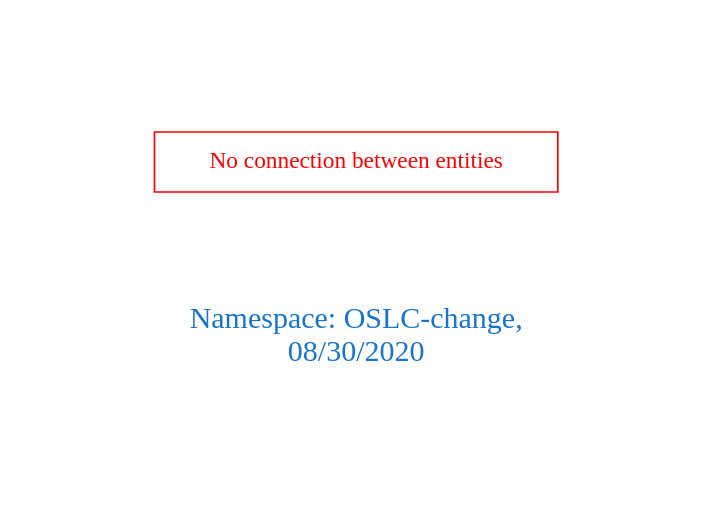
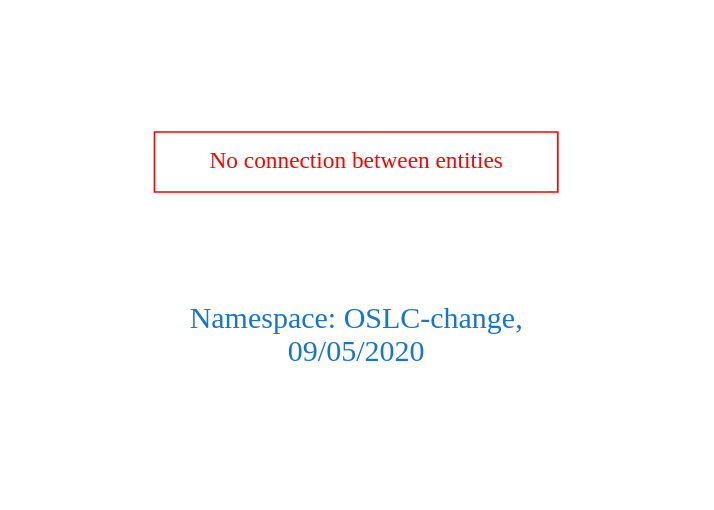
One commit to arago/OGIT changed the diagram in downloads/OSLC-change.dot. Above: the diagram before and after it, drawn with Graphviz. The commit also changed 1821 other files, not shown here.

```diff
--- a/downloads/OSLC-change.dot
+++ b/downloads/OSLC-change.dot
@@ -1,9 +1,9 @@
 digraph OGIT_ontology {
  graph [ rankdir= LR,pad=1 
 fontsize = 18,
-fontcolor= dodgerblue3,label = "\n\n\nNamespace: OSLC-change, \n 08/30/2020"];
+fontcolor= dodgerblue3,label = "\n\n\nNamespace: OSLC-change, \n 09/05/2020"];
 node[shape=polygon];
 edge [  color="gray81"];
 
 "No connection between entities" [fontcolor = "red",color="red", shape="polygon"]
 }
```
